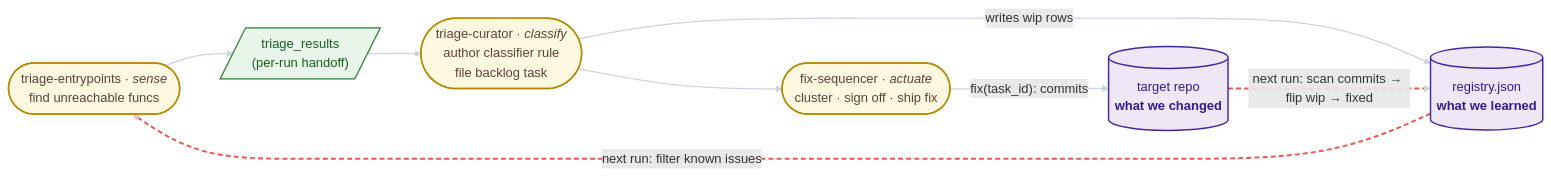
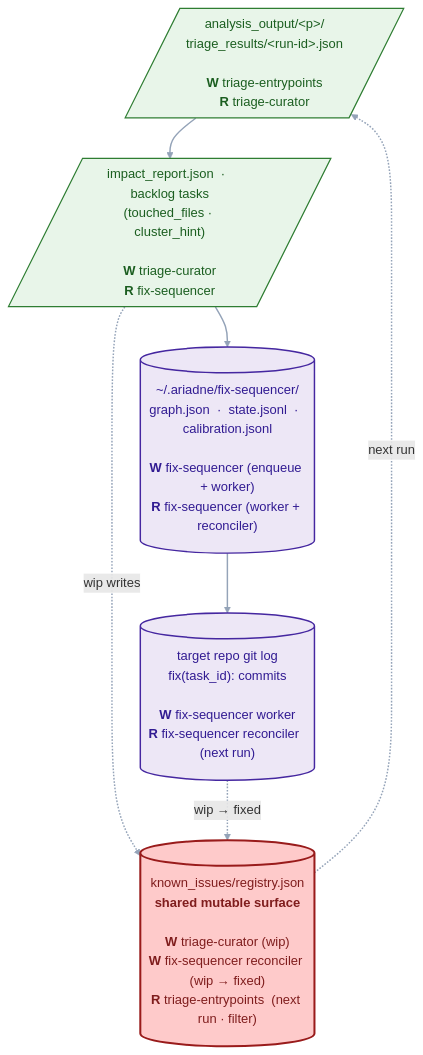
Before and after one commit to CRJFisher/ariadne: the diagram in .claude/skills/triage-entrypoints/README.pipeline.mmd, drawn with Mermaid. The commit also changed 6 other files, not shown here.

First line of the commit message:
docs(triage-entrypoints): update README and diagrams for clarity

```diff
--- a/.claude/skills/triage-entrypoints/README.pipeline.mmd
+++ b/.claude/skills/triage-entrypoints/README.pipeline.mmd
@@ -1,24 +1,18 @@
-flowchart LR
-  classDef step      fill:#fff8e1,stroke:#b58900,stroke-width:1.8px,color:#5d4037
-  classDef artifact  fill:#e8f5e9,stroke:#2e7d32,stroke-width:1.5px,color:#1b5e20
-  classDef store     fill:#ede7f6,stroke:#4527a0,stroke-width:1.8px,color:#311b92
+flowchart TB
+  classDef artifact   fill:#e8f5e9,stroke:#2e7d32,stroke-width:1.5px,color:#1b5e20
+  classDef store      fill:#ede7f6,stroke:#4527a0,stroke-width:1.8px,color:#311b92
+  classDef regwrite   fill:#fecaca,stroke:#991b1b,stroke-width:2.5px,color:#7f1d1d
 
-  SRP(["triage-entrypoints · <i>sense</i><br/>find unreachable funcs"]):::step
-  TR[/"triage_results<br/>(per-run handoff)"/]:::artifact
-  CUR(["triage-curator · <i>classify</i><br/>author classifier rule<br/>file backlog task"]):::step
-  FS(["fix-sequencer · <i>actuate</i><br/>cluster · sign off · ship fix"]):::step
+  D1[/"analysis_output/&lt;p&gt;/<br/>triage_results/&lt;run-id&gt;.json<br/><br/><b>W</b> triage-entrypoints<br/><b>R</b> triage-curator"/]:::artifact
+  D2[/"impact_report.json  ·  backlog tasks<br/>(touched_files · cluster_hint)<br/><br/><b>W</b> triage-curator<br/><b>R</b> fix-sequencer"/]:::artifact
+  D3[("~/.ariadne/fix-sequencer/<br/>graph.json  ·  state.jsonl  ·  calibration.jsonl<br/><br/><b>W</b> fix-sequencer (enqueue + worker)<br/><b>R</b> fix-sequencer (worker + reconciler)")]:::store
+  D4[("target repo git log<br/>fix(task_id): commits<br/><br/><b>W</b> fix-sequencer worker<br/><b>R</b> fix-sequencer reconciler  (next run)")]:::store
+  REG[("known_issues/registry.json<br/><b>shared mutable surface</b><br/><br/><b>W</b> triage-curator (wip)<br/><b>W</b> fix-sequencer reconciler (wip → fixed)<br/><b>R</b> triage-entrypoints  (next run · filter)")]:::regwrite
 
-  REG[("registry.json<br/><b>what we learned</b>")]:::store
-  REPO[("target repo<br/><b>what we changed</b>")]:::store
+  D1 --> D2 --> D3 --> D4
 
-  SRP --> TR --> CUR --> FS
+  D2 -. "wip writes" .-> REG
+  D4 -. "wip → fixed" .-> REG
+  REG -. "next run" .-> D1
 
-  CUR -- "writes wip rows" --> REG
-  FS  -- "fix(task_id): commits" --> REPO
-
-  REG  -. "next run: filter known issues" .-> SRP
-  REPO -. "next run: scan commits → flip wip → fixed" .-> REG
-
-  linkStyle default stroke:#cbd5e1,stroke-width:1.6px
-  linkStyle 5 stroke:#ef5350,stroke-width:2.4px,stroke-dasharray:6 4
-  linkStyle 6 stroke:#ef5350,stroke-width:2.4px,stroke-dasharray:6 4
+  linkStyle default stroke:#94a3b8,stroke-width:1.8px
```
